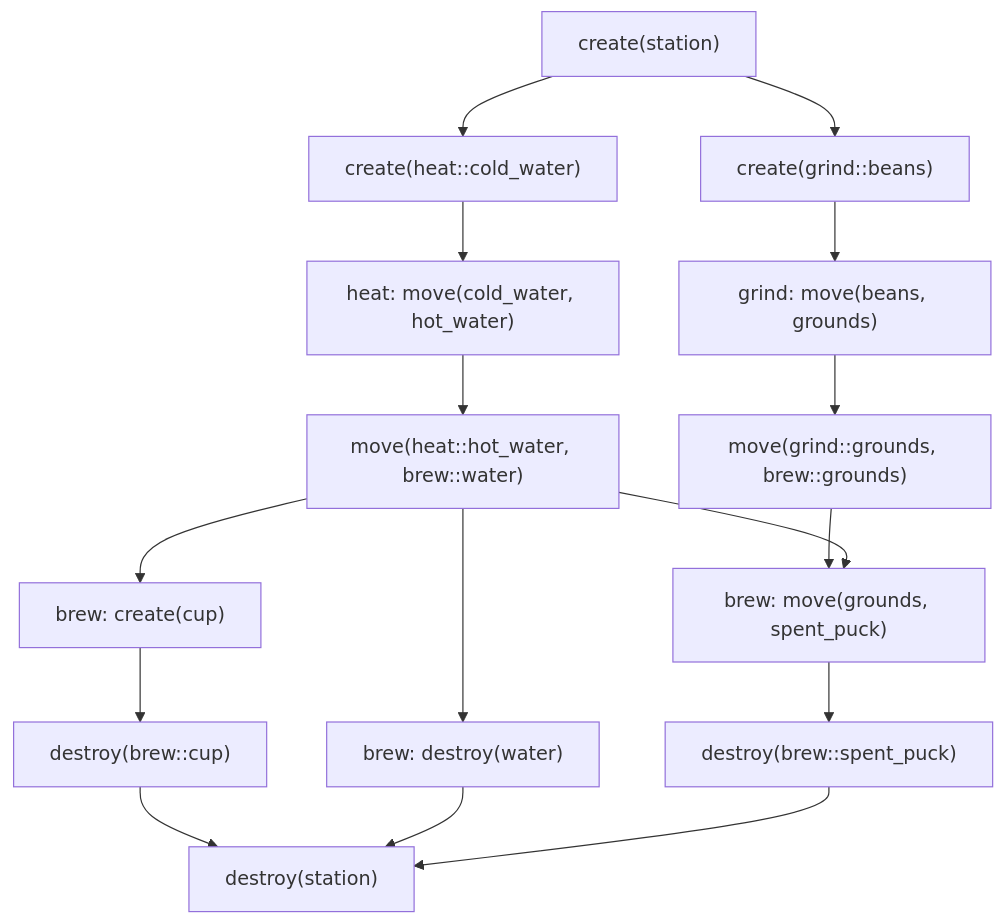
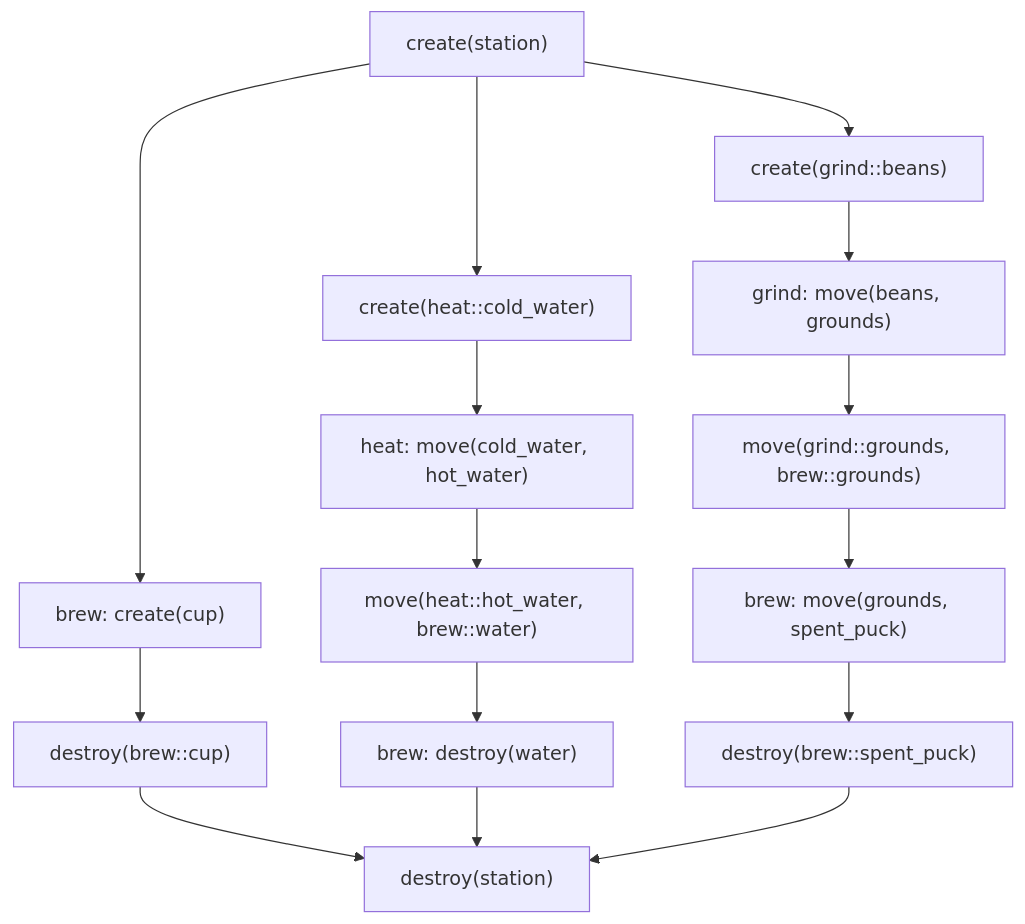
Before and after one commit to define-lang/define: diagram 20 of 20 in define/proposals/00044-deterministic-automatic-concurrency.md, drawn with Mermaid. The commit also changed other lines of this file, not shown here.

````diff
--- a/define/proposals/00044-deterministic-automatic-concurrency.md
+++ b/define/proposals/00044-deterministic-automatic-concurrency.md
@@ -951,22 +953,22 @@
 ```mermaid
 flowchart
     Main1["create(station)"]
     Main2["create(grind::beans)"]
     Main3["create(heat::cold_water)"]
     Grind1["grind: move(beans, grounds)"]
     Heat1["heat: move(cold_water, hot_water)"]
     Main4["move(grind::grounds, brew::grounds)"]
     Main5["move(heat::hot_water, brew::water)"]
     Brew1["brew: create(cup)"]
     Brew2["brew: destroy(water)"]
     Brew3["brew: move(grounds, spent_puck)"]
     Main6["destroy(brew::cup)"]
     Main7["destroy(brew::spent_puck)"]
     Main8["destroy(station)"]
 
     Main1 --> Main2 --> Grind1 --> Main4 --> Brew3
     Main1 --> Main3 --> Heat1 --> Main5
-    Main5 --> Brew1 --> Main6 --> Main8
+    Main1 --> Brew1 --> Main6 --> Main8
     Main5 --> Brew2 --> Main8
-    Main5 --> Brew3 --> Main7 --> Main8
+    Brew3 --> Main7 --> Main8
 ```
````
